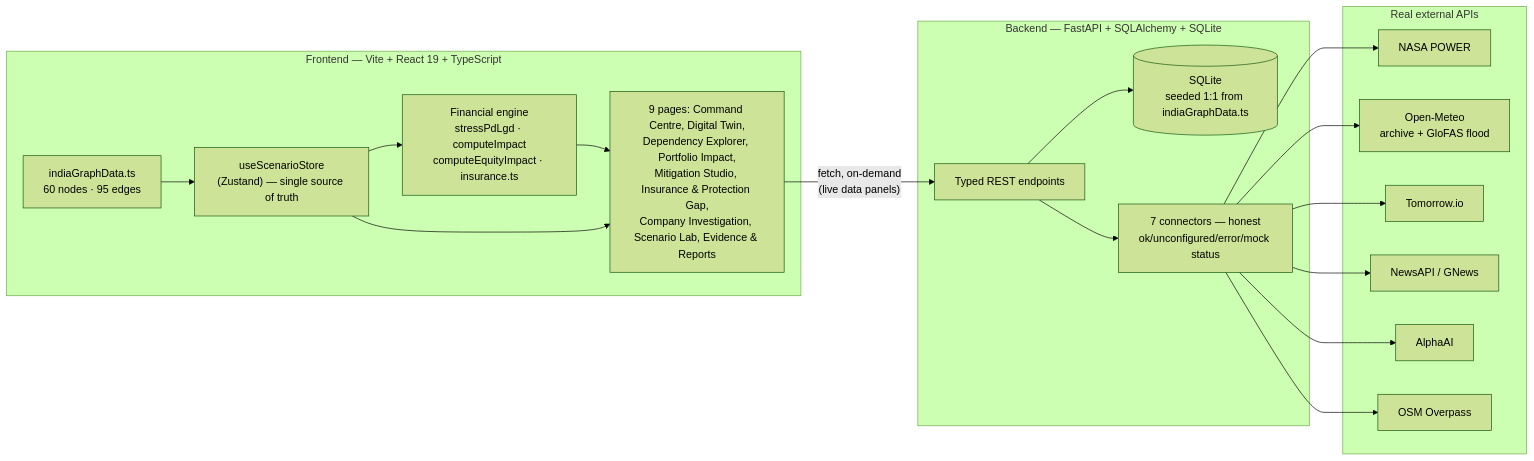
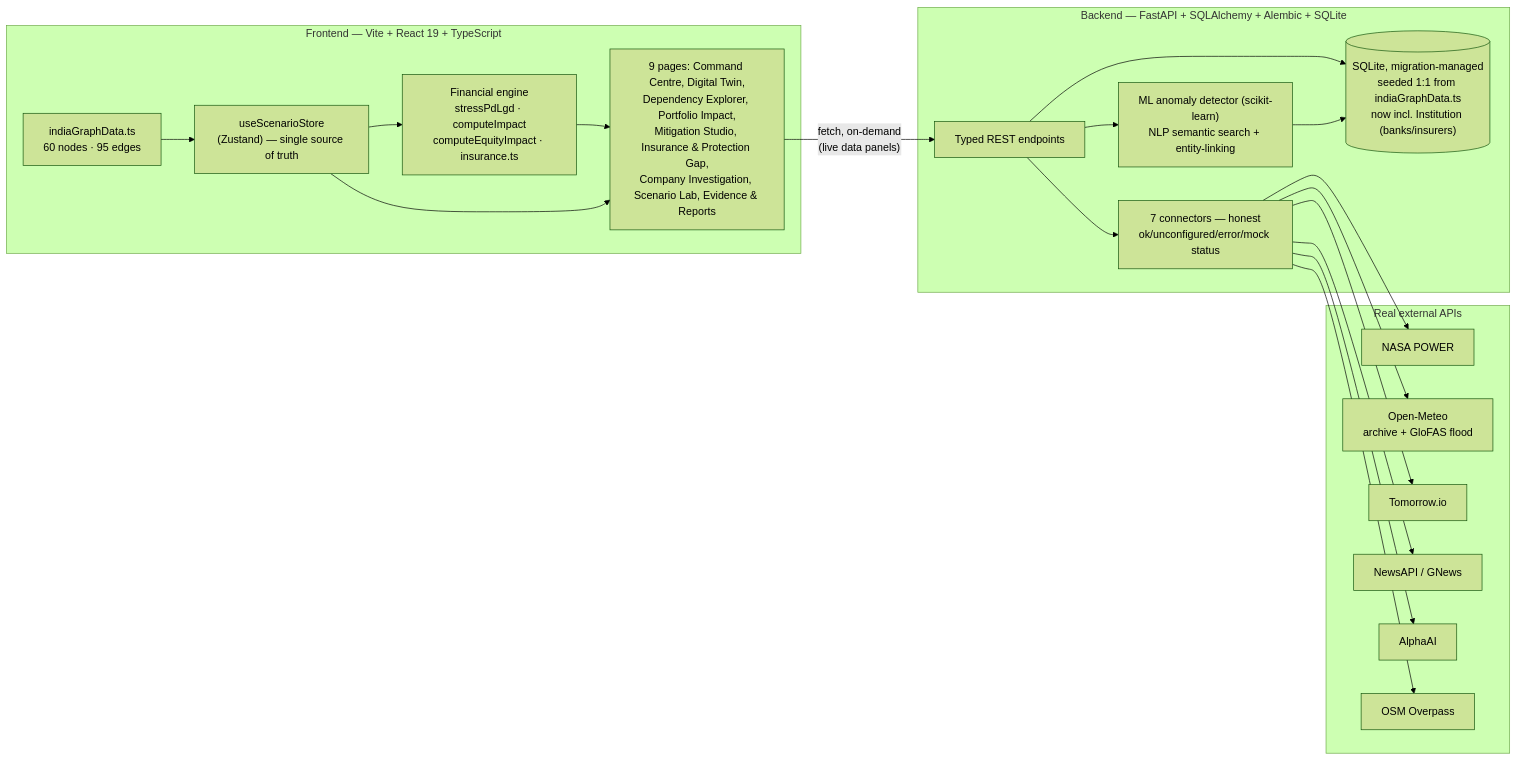
The diagram in README.md (vizsh/Fusion_CLIMATRIX), drawn with Mermaid (forest theme) before and after one commit. The commit also changed other lines of this file and 30 other files, not shown here.

````diff
--- a/README.md
+++ b/README.md
@@ -211,33 +225,36 @@
 ```mermaid
 flowchart LR
     subgraph Frontend["Frontend — Vite + React 19 + TypeScript"]
         Graph["indiaGraphData.ts\n60 nodes · 95 edges"]
         Store["useScenarioStore\n(Zustand) — single source of truth"]
         Engine["Financial engine\nstressPdLgd · computeImpact\ncomputeEquityImpact · insurance.ts"]
         Pages["9 pages: Command Centre, Digital Twin,\nDependency Explorer, Portfolio Impact,\nMitigation Studio, Insurance & Protection Gap,\nCompany Investigation, Scenario Lab, Evidence & Reports"]
         Graph --> Store
         Store --> Engine
         Engine --> Pages
         Store --> Pages
     end
 
-    subgraph Backend["Backend — FastAPI + SQLAlchemy + SQLite"]
+    subgraph Backend["Backend — FastAPI + SQLAlchemy + Alembic + SQLite"]
         API["Typed REST endpoints"]
-        DB[("SQLite\nseeded 1:1 from indiaGraphData.ts")]
+        DB[("SQLite, migration-managed\nseeded 1:1 from indiaGraphData.ts\nnow incl. Institution (banks/insurers)")]
+        MLNLP["ML anomaly detector (scikit-learn)\nNLP semantic search + entity-linking"]
         Connectors["7 connectors — honest\nok/unconfigured/error/mock status"]
         API --> DB
         API --> Connectors
+        API --> MLNLP
+        MLNLP --> DB
     end
 
     subgraph External["Real external APIs"]
         NASA["NASA POWER"]
         OM["Open-Meteo\narchive + GloFAS flood"]
         TIO["Tomorrow.io"]
         News["NewsAPI / GNews"]
         Alpha["AlphaAI"]
         OSM["OSM Overpass"]
     end
 
     Pages -- "fetch, on-demand\n(live data panels)" --> API
     Connectors --> NASA & OM & TIO & News & Alpha & OSM
 ```
````
